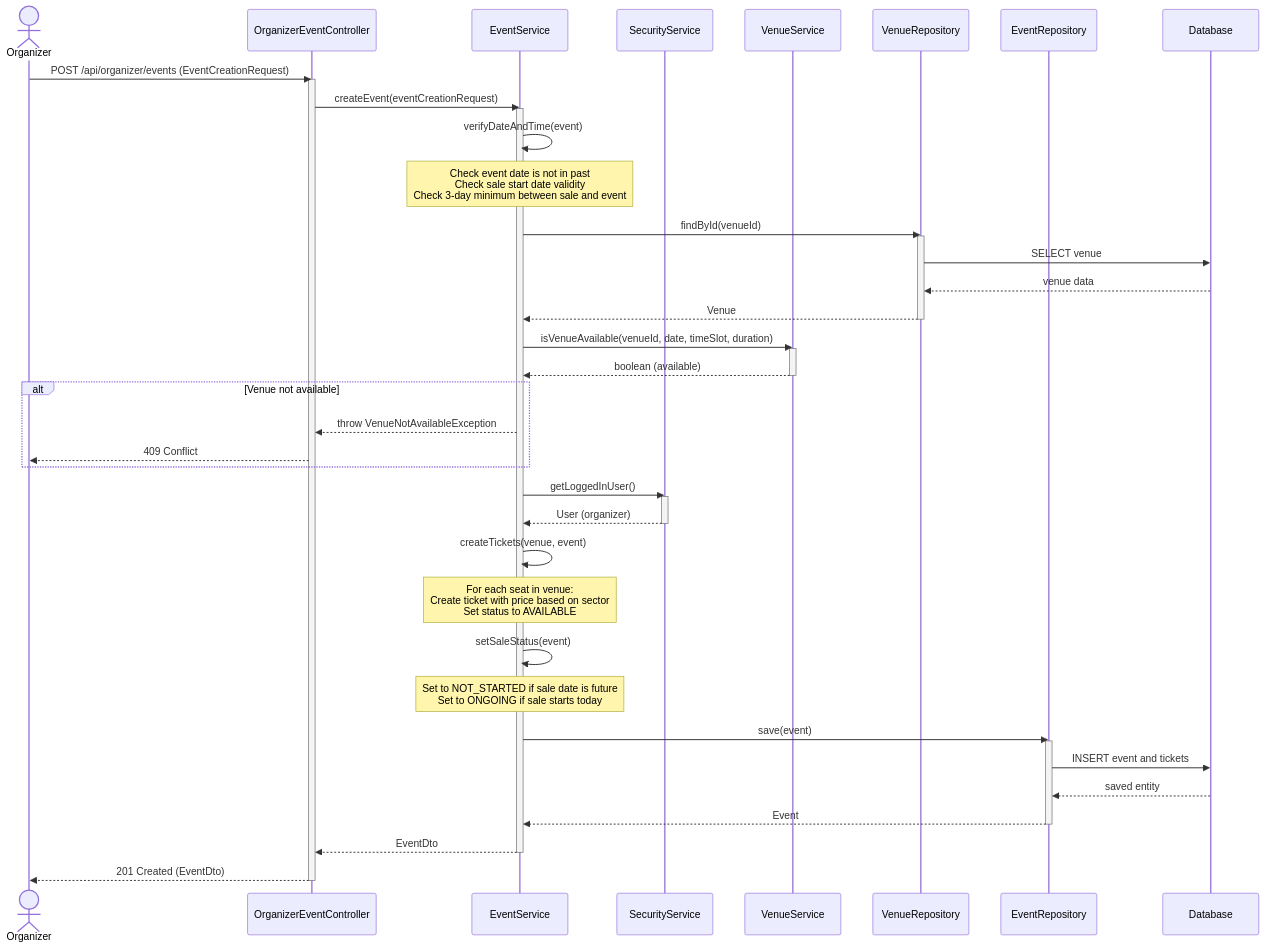
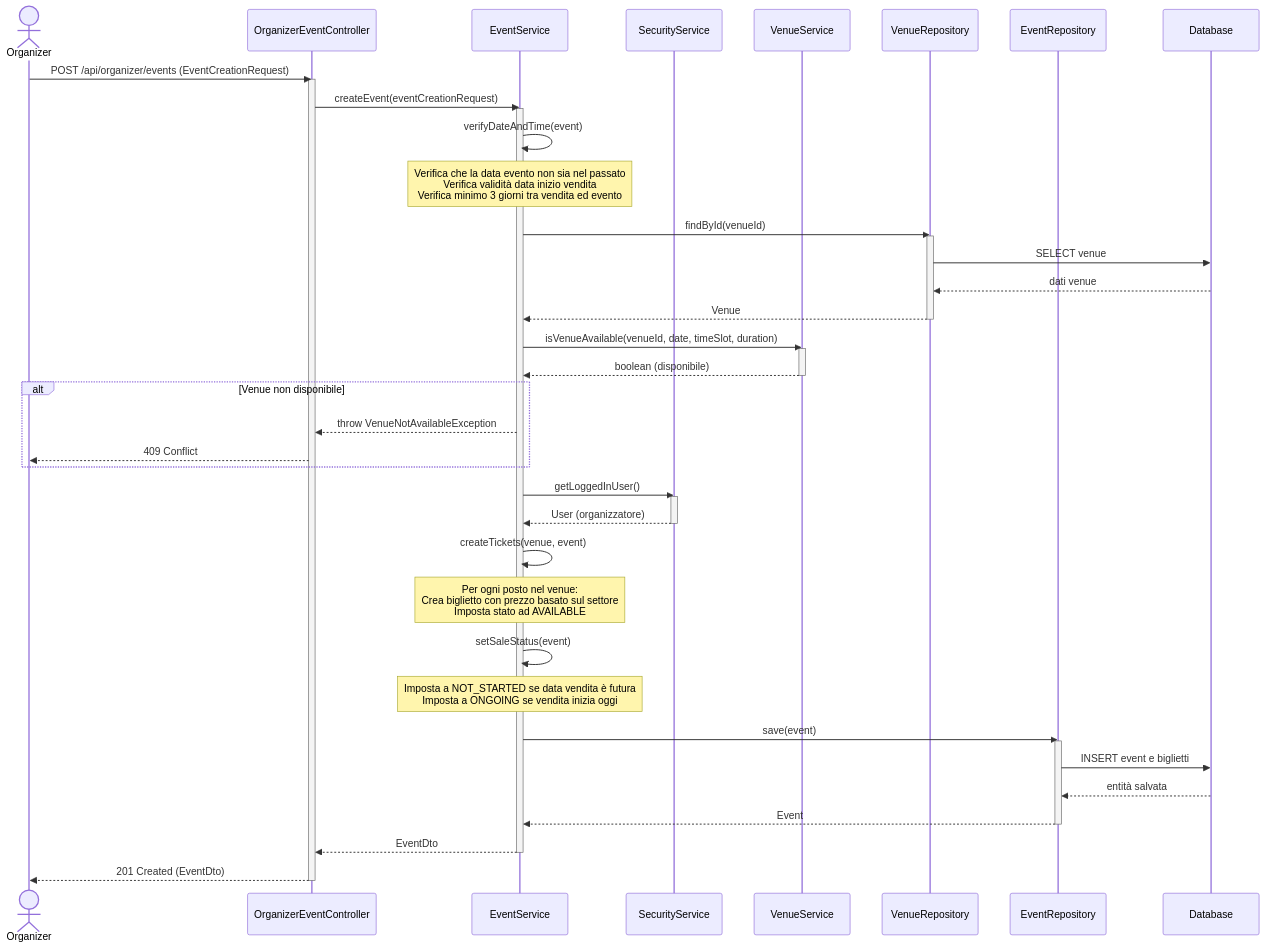
Before and after one commit to s-lusito/TicketBlock-Ing_Sw: the diagram in docs/sequence-event-creation.md, drawn with Mermaid. The commit also changed other lines of this file and 6 other files, not shown here.

Commit message:
Translate UML diagram comments to Italian while keeping code elements in English

````diff
--- a/docs/sequence-event-creation.md
+++ b/docs/sequence-event-creation.md
@@ -5,61 +5,61 @@
 ```mermaid
 sequenceDiagram
     actor Organizer
     participant Controller as OrganizerEventController
     participant Service as EventService
     participant SecurityService
     participant VenueService
     participant VenueRepo as VenueRepository
     participant EventRepo as EventRepository
     participant DB as Database
 
     Organizer->>Controller: POST /api/organizer/events (EventCreationRequest)
     activate Controller
     
     Controller->>Service: createEvent(eventCreationRequest)
     activate Service
     
     Service->>Service: verifyDateAndTime(event)
-    Note over Service: Check event date is not in past<br/>Check sale start date validity<br/>Check 3-day minimum between sale and event
+    Note over Service: Verifica che la data evento non sia nel passato<br/>Verifica validità data inizio vendita<br/>Verifica minimo 3 giorni tra vendita ed evento
     
     Service->>VenueRepo: findById(venueId)
     activate VenueRepo
     VenueRepo->>DB: SELECT venue
-    DB-->>VenueRepo: venue data
+    DB-->>VenueRepo: dati venue
     VenueRepo-->>Service: Venue
     deactivate VenueRepo
     
     Service->>VenueService: isVenueAvailable(venueId, date, timeSlot, duration)
     activate VenueService
-    VenueService-->>Service: boolean (available)
+    VenueService-->>Service: boolean (disponibile)
     deactivate VenueService
     
-    alt Venue not available
+    alt Venue non disponibile
         Service-->>Controller: throw VenueNotAvailableException
         Controller-->>Organizer: 409 Conflict
     end
     
     Service->>SecurityService: getLoggedInUser()
     activate SecurityService
-    SecurityService-->>Service: User (organizer)
+    SecurityService-->>Service: User (organizzatore)
     deactivate SecurityService
     
     Service->>Service: createTickets(venue, event)
-    Note over Service: For each seat in venue:<br/>Create ticket with price based on sector<br/>Set status to AVAILABLE
+    Note over Service: Per ogni posto nel venue:<br/>Crea biglietto con prezzo basato sul settore<br/>Imposta stato ad AVAILABLE
     
     Service->>Service: setSaleStatus(event)
-    Note over Service: Set to NOT_STARTED if sale date is future<br/>Set to ONGOING if sale starts today
+    Note over Service: Imposta a NOT_STARTED se data vendita è futura<br/>Imposta a ONGOING se vendita inizia oggi
     
     Service->>EventRepo: save(event)
     activate EventRepo
-    EventRepo->>DB: INSERT event and tickets
-    DB-->>EventRepo: saved entity
+    EventRepo->>DB: INSERT event e biglietti
+    DB-->>EventRepo: entità salvata
     EventRepo-->>Service: Event
     deactivate EventRepo
     
     Service-->>Controller: EventDto
     deactivate Service
     
     Controller-->>Organizer: 201 Created (EventDto)
     deactivate Controller
 ```
````
